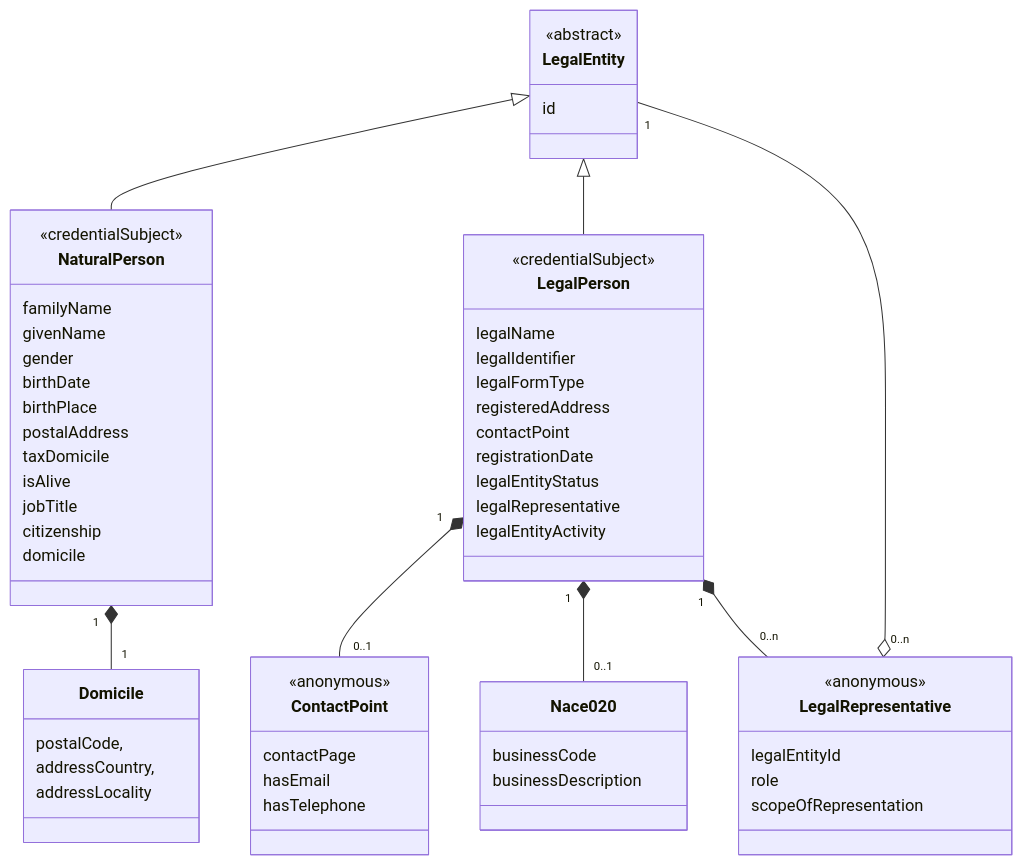
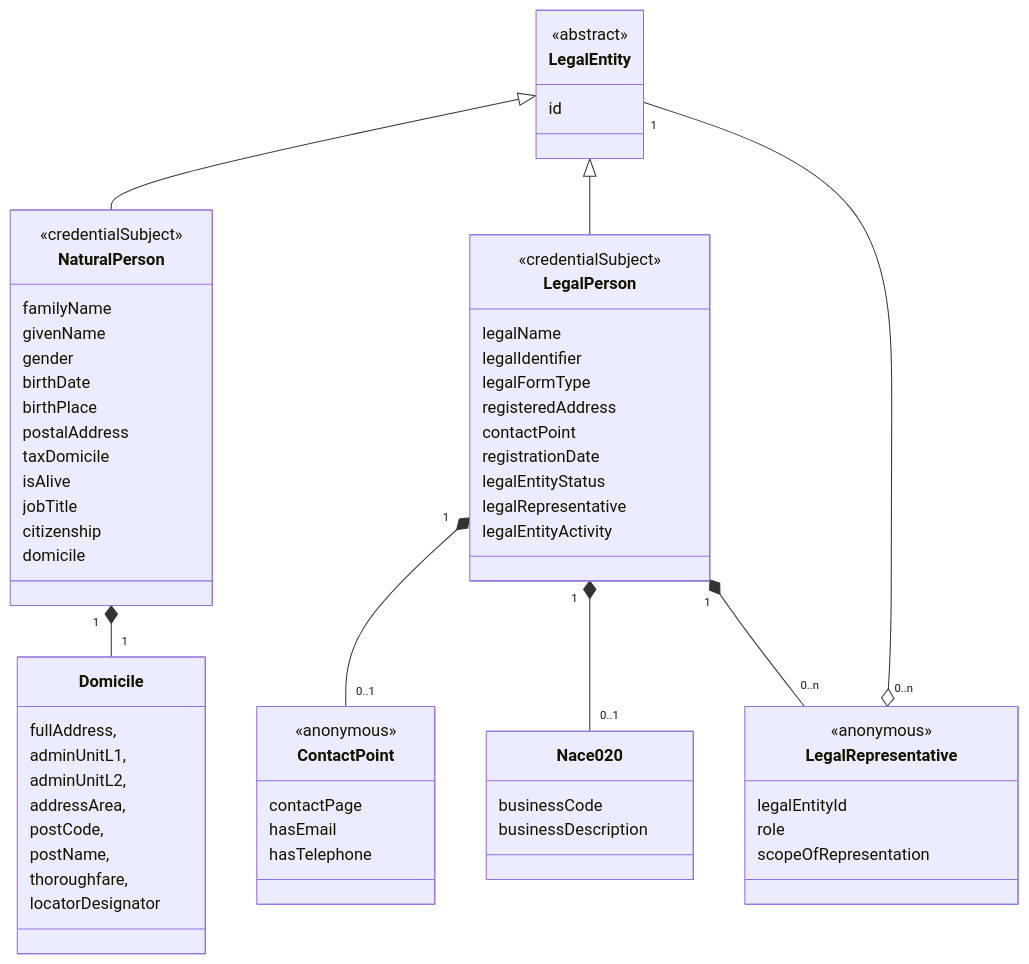
The diagram in docs/contexts/eucc/vocabulary.md (spherity/oid-public), drawn with Mermaid before and after one commit. The commit also changed other lines of this file and 1 other file, not shown here.

Commit message:
fix(eucc): use register address specs for natural person domicile

````diff
--- a/docs/contexts/eucc/vocabulary.md
+++ b/docs/contexts/eucc/vocabulary.md
@@ -152,62 +157,67 @@
 ```mermaid
 classDiagram
 
     class LegalEntity{
         <<abstract>>
         id
     }
     class LegalPerson{
         <<credentialSubject>>
         legalName
         legalIdentifier
         legalFormType
         registeredAddress
         contactPoint
         registrationDate
         legalEntityStatus
         legalRepresentative
         legalEntityActivity
     }
     class LegalRepresentative{
         <<anonymous>>
         legalEntityId
         role
         scopeOfRepresentation
     }
     class ContactPoint{
         <<anonymous>>
         contactPage
         hasEmail
         hasTelephone
     }
     class NaturalPerson{
         <<credentialSubject>>
         familyName
         givenName
         gender
         birthDate
         birthPlace
         postalAddress
         taxDomicile
         isAlive
         jobTitle
         citizenship
         domicile
     }
     class Nace020{
         businessCode
         businessDescription
     }
     class Domicile{
-        postalCode,
-        addressCountry,
-        addressLocality
+        fullAddress,
+        adminUnitL1,
+        adminUnitL2,
+        addressArea,
+        postCode,
+        postName,
+        thoroughfare,
+        locatorDesignator
     }
     LegalPerson "1" *-- "0..1" ContactPoint
     LegalPerson "1" *-- "0..1" Nace020
     LegalPerson "1" *-- "0..n" LegalRepresentative
     LegalRepresentative "0..n" o-- "1" LegalEntity
     LegalEntity <|-- NaturalPerson
     LegalEntity <|-- LegalPerson
     NaturalPerson "1" *-- "1" Domicile
 ```
````
